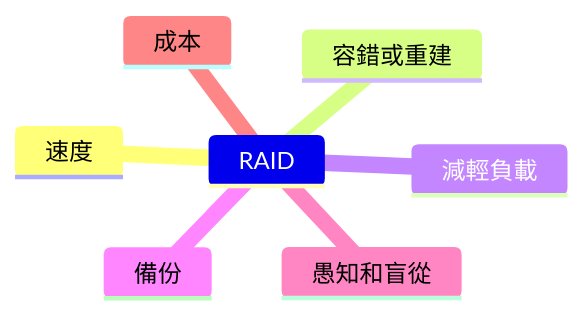
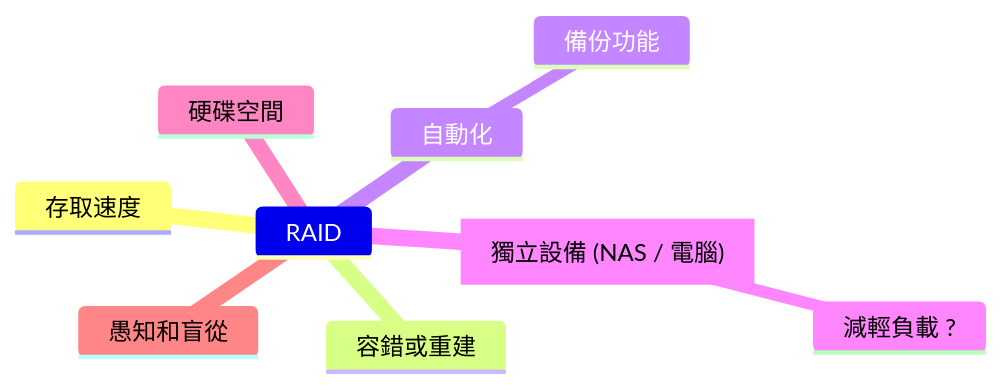
One commit to lankahsu520/HelperX changed the first of 2 diagrams in helper_BackupAndRAID.md. Above: the diagram before and after it, drawn with Mermaid. The commit also changed other lines of this file, not shown here.

````diff
--- a/helper_BackupAndRAID.md
+++ b/helper_BackupAndRAID.md
@@ -43,10 +43,12 @@
 ```mermaid
 mindmap
 	RAID
-		速度
+		存取速度
 		容錯或重建
-		減輕負載
-		備份
+		自動化
+			備份功能
+		獨立設備["獨立設備 (NAS / 電腦)"]
+			減輕負載 ?
+		硬碟空間
 		愚知和盲從
-		成本
 ```
````
